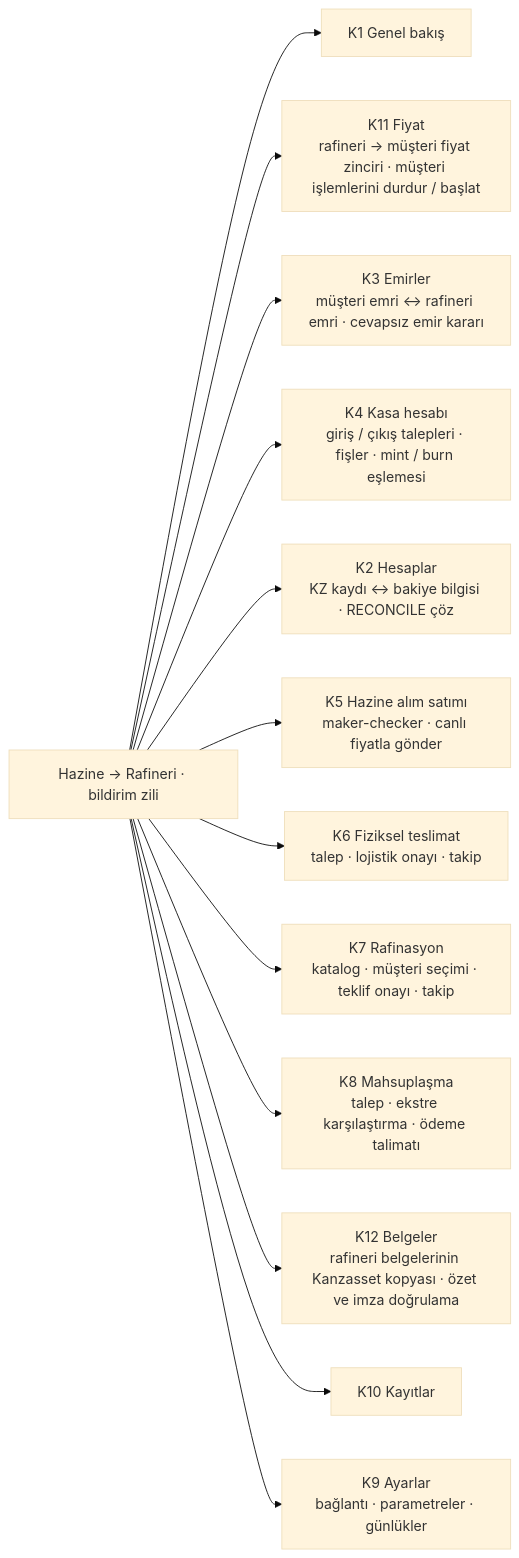
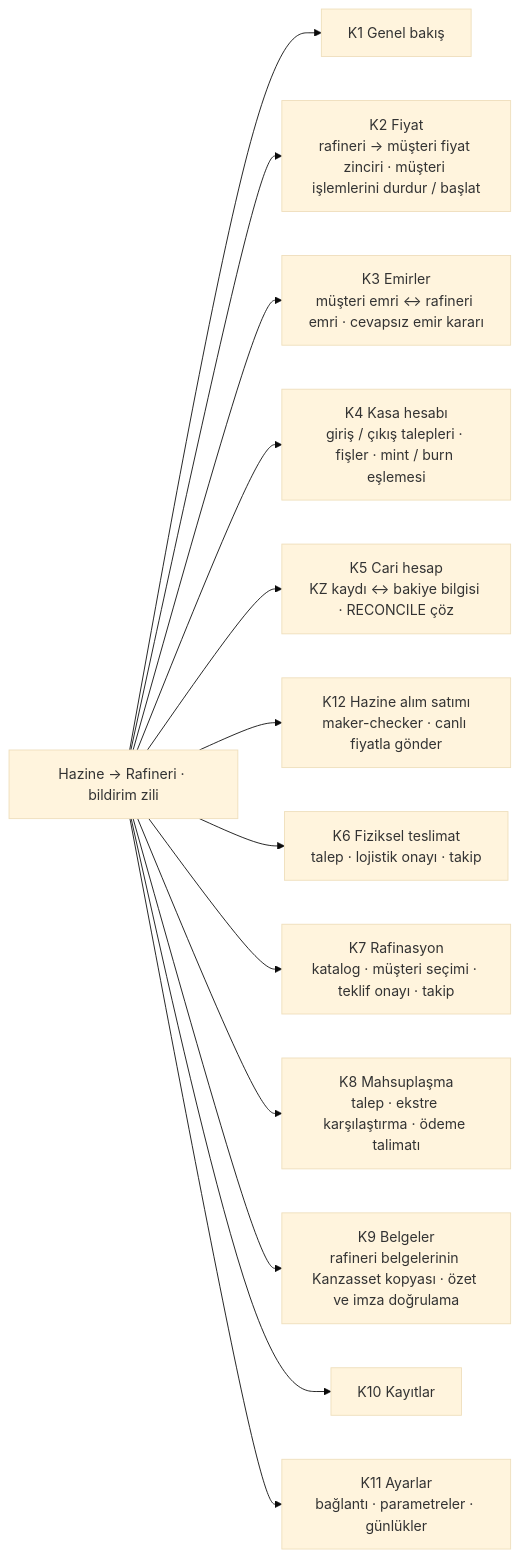
The third of 8 diagrams in docs/KZ_AMR_Sistemi.md (engincetin/amr-app), drawn with Mermaid (base theme) before and after one commit. The commit also changed other lines of this file and 31 other files, not shown here.

````diff
--- a/docs/KZ_AMR_Sistemi.md
+++ b/docs/KZ_AMR_Sistemi.md
@@ -104,16 +104,16 @@
 ```mermaid
 flowchart LR
   H["Hazine → Rafineri · bildirim zili"]
   H --> K1["K1 Genel bakış"]
-  H --> K11["K11 Fiyat<br/>rafineri → müşteri fiyat zinciri · müşteri işlemlerini durdur / başlat"]
+  H --> K2["K2 Fiyat<br/>rafineri → müşteri fiyat zinciri · müşteri işlemlerini durdur / başlat"]
   H --> K3["K3 Emirler<br/>müşteri emri ↔ rafineri emri · cevapsız emir kararı"]
   H --> K4["K4 Kasa hesabı<br/>giriş / çıkış talepleri · fişler · mint / burn eşlemesi"]
-  H --> K2["K2 Hesaplar<br/>KZ kaydı ↔ bakiye bilgisi · RECONCILE çöz"]
-  H --> K5["K5 Hazine alım satımı<br/>maker-checker · canlı fiyatla gönder"]
+  H --> K5["K5 Cari hesap<br/>KZ kaydı ↔ bakiye bilgisi · RECONCILE çöz"]
+  H --> K12["K12 Hazine alım satımı<br/>maker-checker · canlı fiyatla gönder"]
   H --> K6["K6 Fiziksel teslimat<br/>talep · lojistik onayı · takip"]
   H --> K7["K7 Rafinasyon<br/>katalog · müşteri seçimi · teklif onayı · takip"]
   H --> K8["K8 Mahsuplaşma<br/>talep · ekstre karşılaştırma · ödeme talimatı"]
-  H --> K12["K12 Belgeler<br/>rafineri belgelerinin Kanzasset kopyası · özet ve imza doğrulama"]
+  H --> K9["K9 Belgeler<br/>rafineri belgelerinin Kanzasset kopyası · özet ve imza doğrulama"]
   H --> K10["K10 Kayıtlar"]
-  H --> K9["K9 Ayarlar<br/>bağlantı · parametreler · günlükler"]
+  H --> K11["K11 Ayarlar<br/>bağlantı · parametreler · günlükler"]
 ```
````
